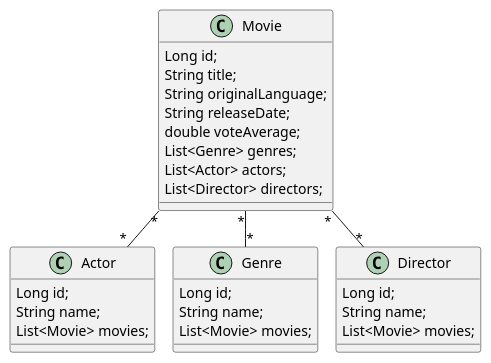
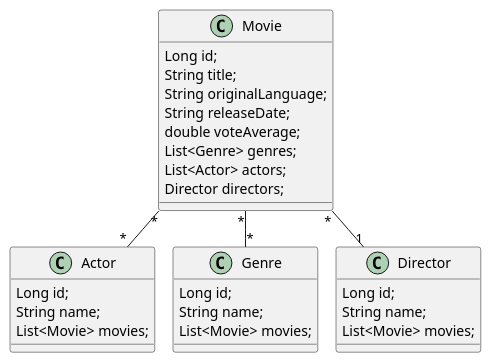
One commit to Jeanette93Cph/SP1MovieRepository changed the diagram in src/docs/Klassediagram.puml. Above: the diagram before and after it, drawn with PlantUML. The commit also changed 21 other files, not shown here.

```diff
--- a/src/docs/Klassediagram.puml
+++ b/src/docs/Klassediagram.puml
@@ -1,46 +1,46 @@
 @startuml
 !pragma layout smetana
 
 class Movie
 class Actor
 class Genre
 class Director
 
 
 Movie "*" -- "*" Actor
 
 Movie "*" -- "*" Genre
 
-Movie "*" -- "*" Director
+Movie "*" -- "1" Director
 
 class Movie {
 Long id;
 String title;
 String originalLanguage;
 String releaseDate;
 double voteAverage;
 List<Genre> genres;
 List<Actor> actors;
-List<Director> directors;
+Director directors;
 }
 
 class Actor{
 Long id;
 String name;
 List<Movie> movies;
 }
 
 class Genre{
 Long id;
 String name;
 List<Movie> movies;
 }
 
 class Director{
 Long id;
 String name;
 List<Movie> movies;
 }
 
 
 @enduml
```
